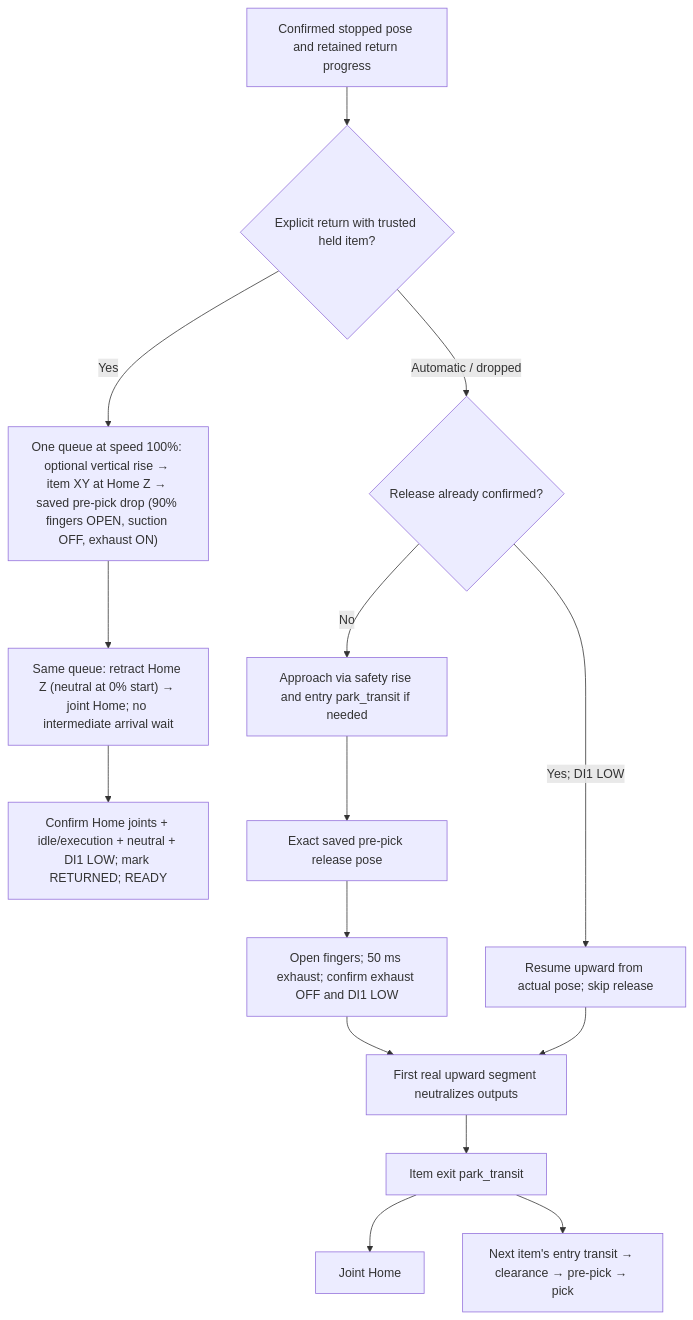
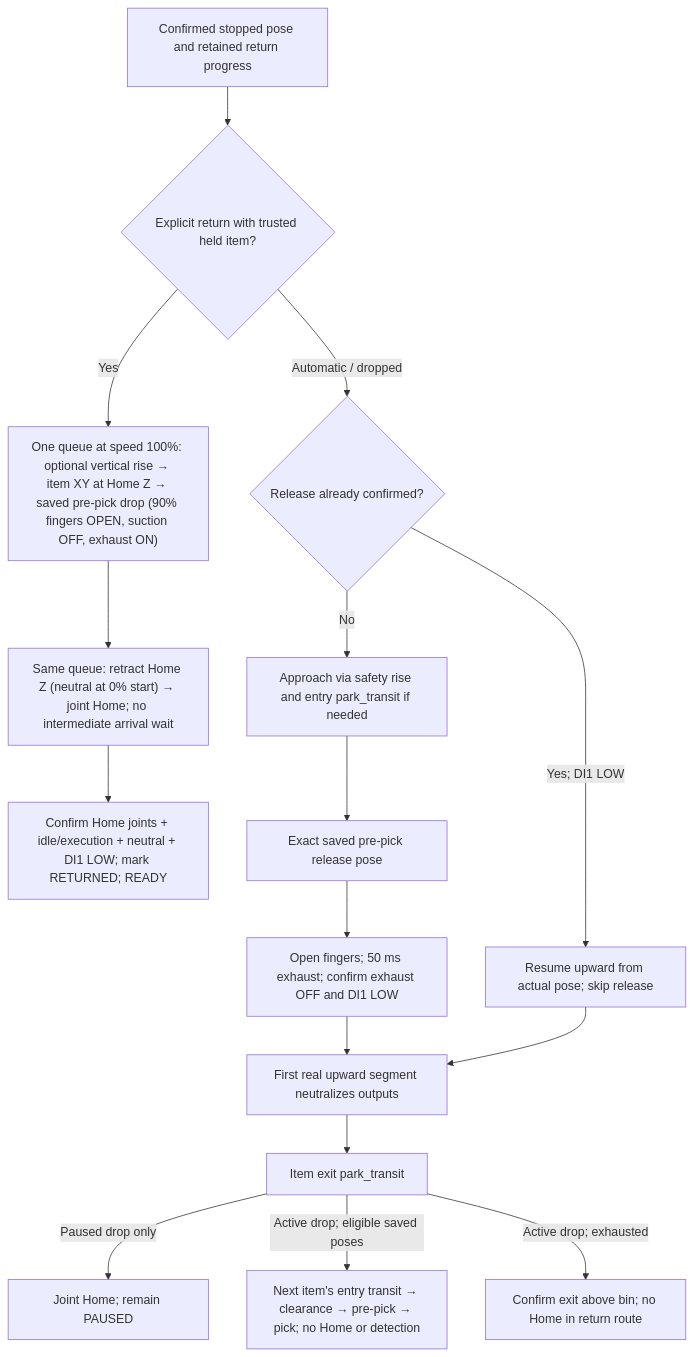
One commit to esgange/dobot_picknplace_yolo changed the ninth of 9 diagrams in docs/ROBOT_CONTROLLER_FSM.md. Above: the diagram before and after it, drawn with Mermaid. The commit also changed other lines of this file and 23 other files, not shown here.

````diff
--- a/docs/ROBOT_CONTROLLER_FSM.md
+++ b/docs/ROBOT_CONTROLLER_FSM.md
@@ -1024,17 +1052,18 @@
 ```mermaid
 flowchart TD
     Start["Confirmed stopped pose and retained return progress"] --> Kind{"Explicit return with trusted held item?"}
     Kind -->|Yes| Queue["One queue at speed 100%: optional vertical rise → item XY at Home Z → saved pre-pick drop (90% fingers OPEN, suction OFF, exhaust ON)"]
     Queue --> Return["Same queue: retract Home Z (neutral at 0% start) → joint Home; no intermediate arrival wait"]
     Return --> Done["Confirm Home joints + idle/execution + neutral + DI1 LOW; mark RETURNED; READY"]
     Kind -->|Automatic / dropped| Released{"Release already confirmed?"}
     Released -->|No| Up["Approach via safety rise and entry park_transit if needed"]
     Up --> Release["Exact saved pre-pick release pose"]
     Release --> Pulse["Open fingers; 50 ms exhaust; confirm exhaust OFF and DI1 LOW"]
     Pulse --> Retreat["First real upward segment neutralizes outputs"]
     Released -->|Yes; DI1 LOW| Resume["Resume upward from actual pose; skip release"]
     Resume --> Retreat
     Retreat --> Exit["Item exit park_transit"]
-    Exit --> Home["Joint Home"]
-    Exit --> Next["Next item's entry transit → clearance → pre-pick → pick"]
+    Exit -->|Paused drop only| Home["Joint Home; remain PAUSED"]
+    Exit -->|Active drop; eligible saved poses| Next["Next item's entry transit → clearance → pre-pick → pick; no Home or detection"]
+    Exit -->|Active drop; exhausted| Exhausted["Confirm exit above bin; no Home in return route"]
 ```
````
